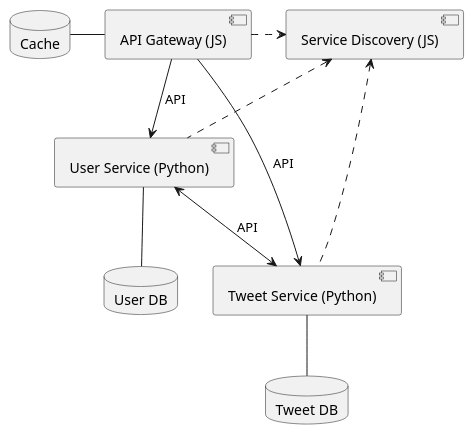
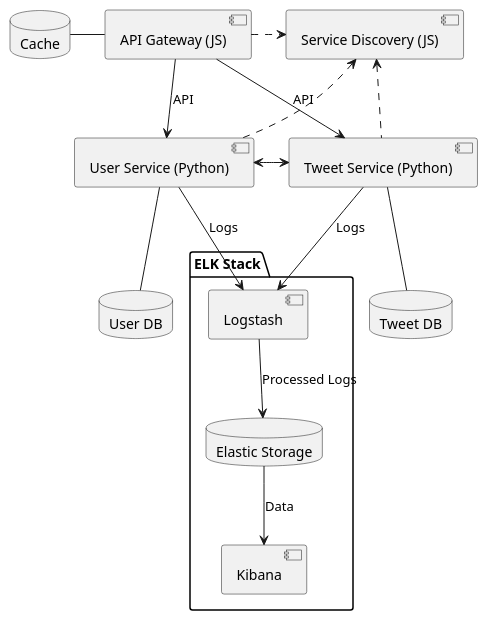
Before and after one commit to markus-17/faf202-purici-marius-pad-lab1: the diagram in diagram.puml, drawn with PlantUML. The commit also changed 2 other files, not shown here.

```diff
--- a/diagram.puml
+++ b/diagram.puml
@@ -1,27 +1,38 @@
 @startuml System Architecture
 
 [API Gateway (JS)] as AG
 database "Cache" as CACHE
 [Service Discovery (JS)] as SD
 
 [User Service (Python)] as US
 database "User DB" as UDB
 
 [Tweet Service (Python)] as TS
 database "Tweet DB" as TDB
 
-US <--> TS : API
+package "ELK Stack" {
+  [Logstash] as LS
+  database "Elastic Storage" as ES
+  [Kibana] as K
+}
+
+US <-right-> TS
 
 AG -left- CACHE
 AG --> US : API
 AG --> TS : API
+AG .right.> SD
+
+SD <.. US
+SD <.. TS
+
+TS -down-> LS  : Logs
+US -right-> LS : Logs
 
 US -down- UDB
 TS -down- TDB
 
-AG .> SD
-
-SD <.. US
-SD <.. TS
+LS --> ES : Processed Logs
+ES --> K : Data
 
 @enduml
```
